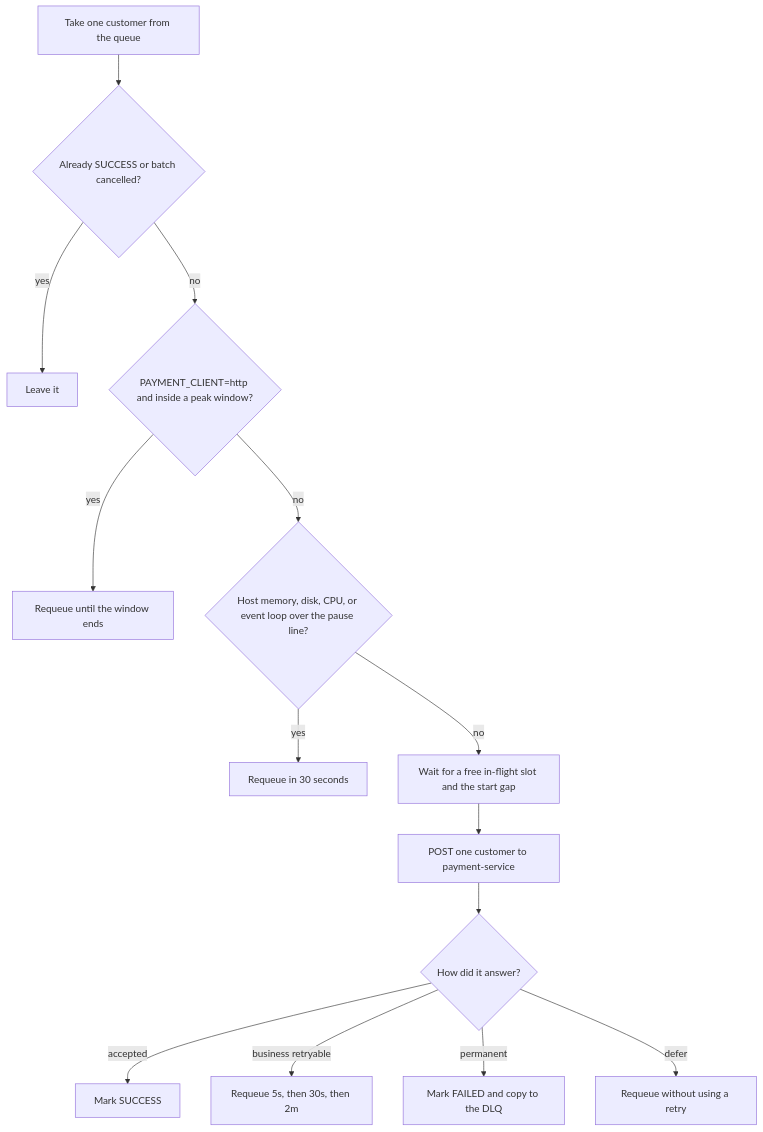
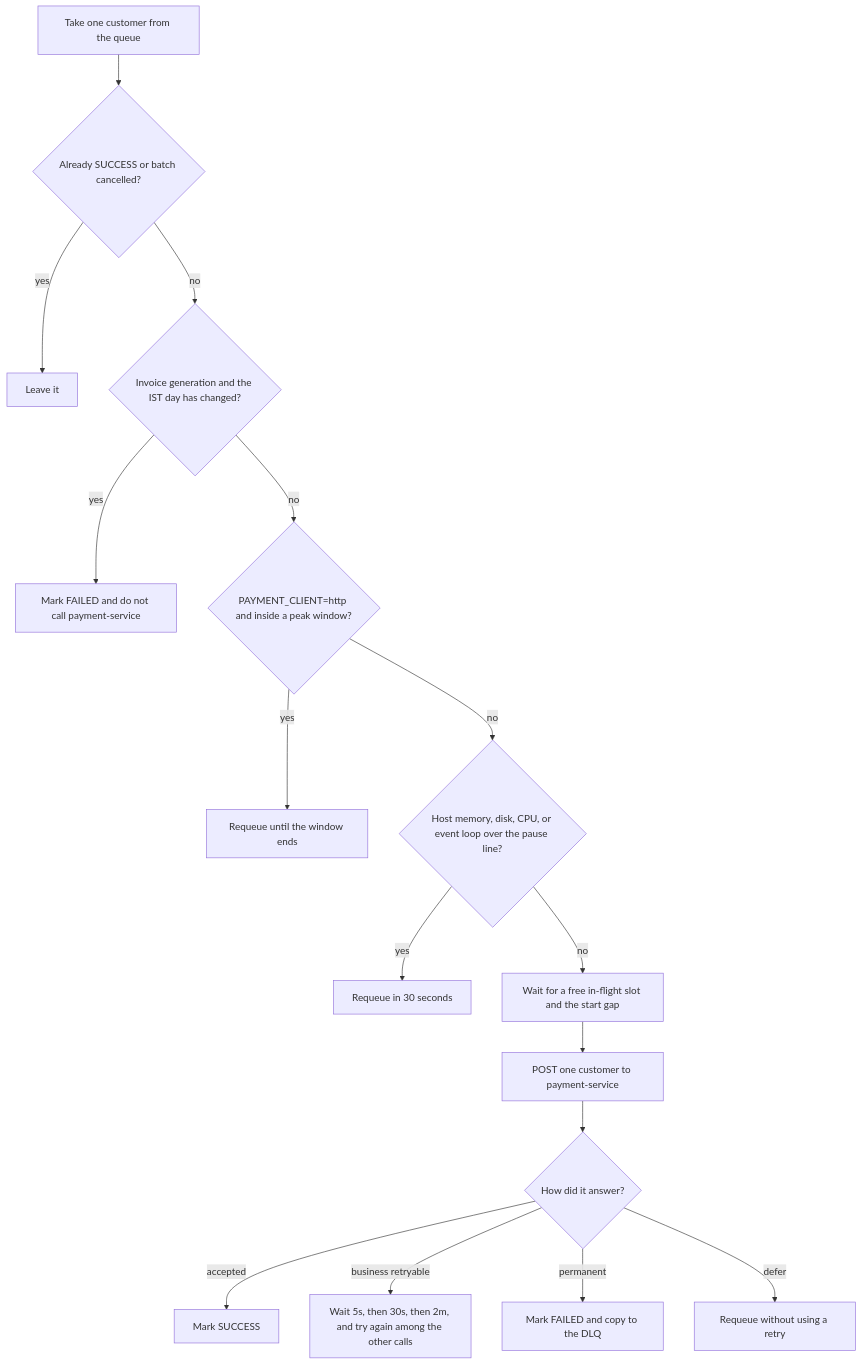
The third of 7 diagrams in README.md (akshaykanherkarzype/enach-automation), drawn with Mermaid before and after one commit. The commit also changed other lines of this file and 29 other files, not shown here.

````diff
--- a/README.md
+++ b/README.md
@@ -159,16 +159,18 @@
 ```mermaid
 flowchart TD
   take[Take one customer from the queue] --> skip{Already SUCCESS or batch cancelled?}
   skip -->|yes| stop[Leave it]
-  skip -->|no| peak{PAYMENT_CLIENT=http and inside a peak window?}
+  skip -->|no| day{Invoice generation and the IST day has changed?}
+  day -->|yes| dayFail[Mark FAILED and do not call payment-service]
+  day -->|no| peak{PAYMENT_CLIENT=http and inside a peak window?}
   peak -->|yes| peakWait[Requeue until the window ends]
   peak -->|no| pressure{Host memory, disk, CPU, or event loop over the pause line?}
   pressure -->|yes| pressureWait[Requeue in 30 seconds]
   pressure -->|no| slot[Wait for a free in-flight slot and the start gap]
   slot --> post[POST one customer to payment-service]
   post --> answer{How did it answer?}
   answer -->|accepted| success[Mark SUCCESS]
-  answer -->|business retryable| retry[Requeue 5s, then 30s, then 2m]
+  answer -->|business retryable| retry[Wait 5s, then 30s, then 2m, and try again among the other calls]
   answer -->|permanent| fail[Mark FAILED and copy to the DLQ]
   answer -->|defer| later[Requeue without using a retry]
 ```
````
